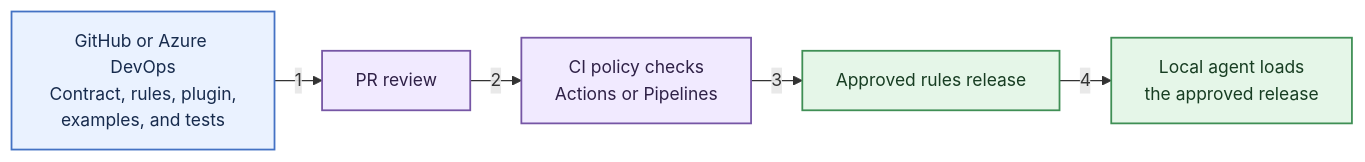
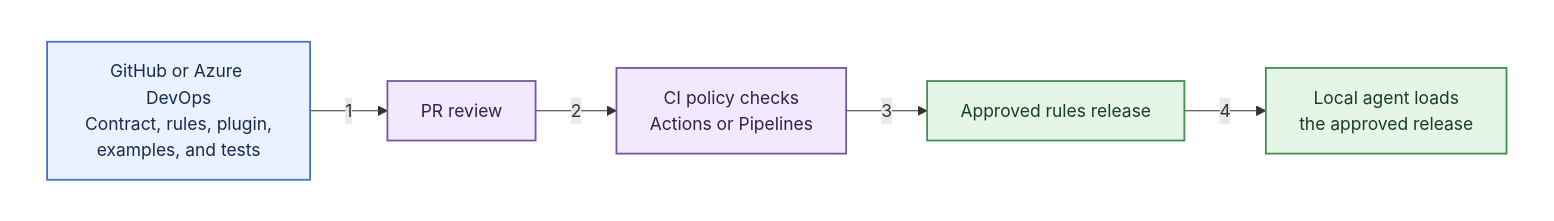
Before and after one commit to debchoudhury-id4s/agent-airlock: the third of 5 diagrams in README.md, drawn with Mermaid. The commit also changed other lines of this file, not shown here.

Commit message:
white bckg for diagrams against black theme

````diff
--- a/README.md
+++ b/README.md
@@ -122,16 +130,20 @@
 ```mermaid
-%%{init: {"fontFamily": "Calibri Light, Calibri, Arial, sans-serif", "themeVariables": {"background": "#ffffff", "fontSize": "11pt"}, "flowchart": {"useMaxWidth": true, "htmlLabels": true, "curve": "linear", "nodeSpacing": 30, "rankSpacing": 34, "padding": 14, "diagramPadding": 8, "wrappingWidth": 165}}}%%
+%%{init: {"fontFamily": "Calibri Light, Calibri, Arial, sans-serif", "themeVariables": {"background": "#ffffff", "fontSize": "11pt"}, "flowchart": {"useMaxWidth": true, "htmlLabels": true, "curve": "linear", "nodeSpacing": 30, "rankSpacing": 34, "padding": 14, "diagramPadding": 0, "wrappingWidth": 165}}}%%
 flowchart LR
-    Repo["GitHub or Azure DevOps<br/>Contract, rules, plugin,<br/>examples, and tests"]
-    Repo -->|1| Review["PR review"]
-    Review -->|2| Check["CI policy checks<br/>Actions or Pipelines"]
-    Check -->|3| Release["Approved rules release"]
-    Release -->|4| Agent["Local agent loads<br/>the approved release"]
+    subgraph WhiteBackground3[" "]
+        direction LR
+        Repo["GitHub or Azure DevOps<br/>Contract, rules, plugin,<br/>examples, and tests"]
+        Repo -->|1| Review["PR review"]
+        Review -->|2| Check["CI policy checks<br/>Actions or Pipelines"]
+        Check -->|3| Release["Approved rules release"]
+        Release -->|4| Agent["Local agent loads<br/>the approved release"]
+    end
 
+    style WhiteBackground3 fill:#ffffff,stroke:#ffffff,color:#ffffff;
     classDef source fill:#eaf2ff,stroke:#4472c4,color:#172b4d,stroke-width:1.5px;
     classDef process fill:#f1eaff,stroke:#7656a5,color:#2f2147,stroke-width:1.5px;
     classDef release fill:#e5f6e8,stroke:#3f8f55,color:#173d22,stroke-width:1.5px;
     class Repo source;
     class Review,Check process;
     class Release,Agent release;
 ```
````
